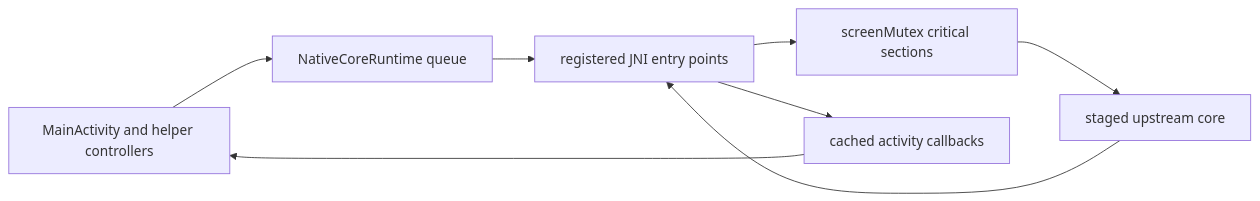
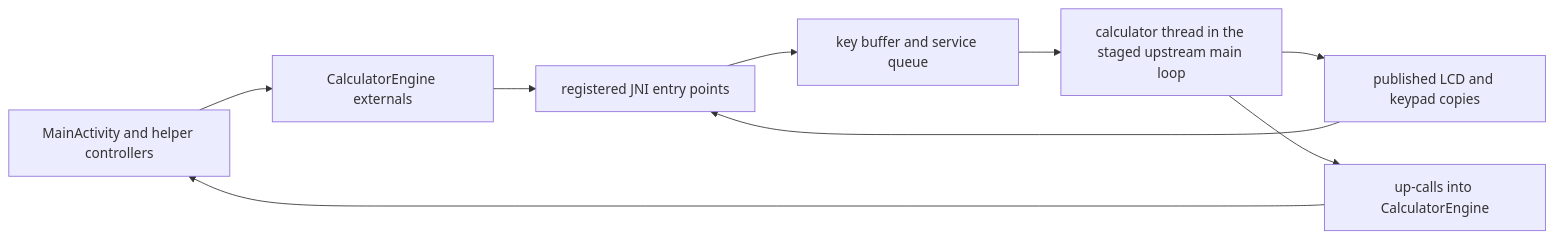
Before and after one commit to ppigazzini/r47zen: the diagram in android/docs/dev/03-upstream-interface-surfaces.md, drawn with Mermaid. The commit also changed other lines of this file and 132 other files, not shown here.

First line of the commit message:
feat(core): run upstream's main loop on a calculator thread

````diff
--- a/android/docs/dev/03-upstream-interface-surfaces.md
+++ b/android/docs/dev/03-upstream-interface-surfaces.md
@@ -30,12 +31,14 @@
 ```mermaid
 flowchart LR
   A[MainActivity and helper controllers]
-  B[NativeCoreRuntime queue]
+  B[CalculatorEngine externals]
   C[registered JNI entry points]
-  D[screenMutex critical sections]
-  E[staged upstream core]
-  F[cached activity callbacks]
+  D[key buffer and service queue]
+  E[calculator thread in the staged upstream main loop]
+  F[published LCD and keypad copies]
+  G[up-calls into CalculatorEngine]
 
   A --> B --> C --> D --> E
-  E --> C --> F --> A
+  E --> F --> C
+  E --> G --> A
 ```
````
